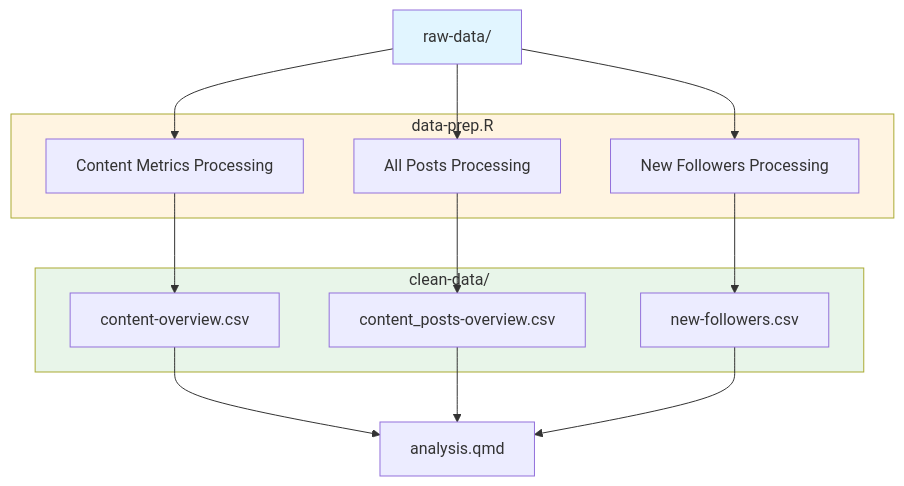
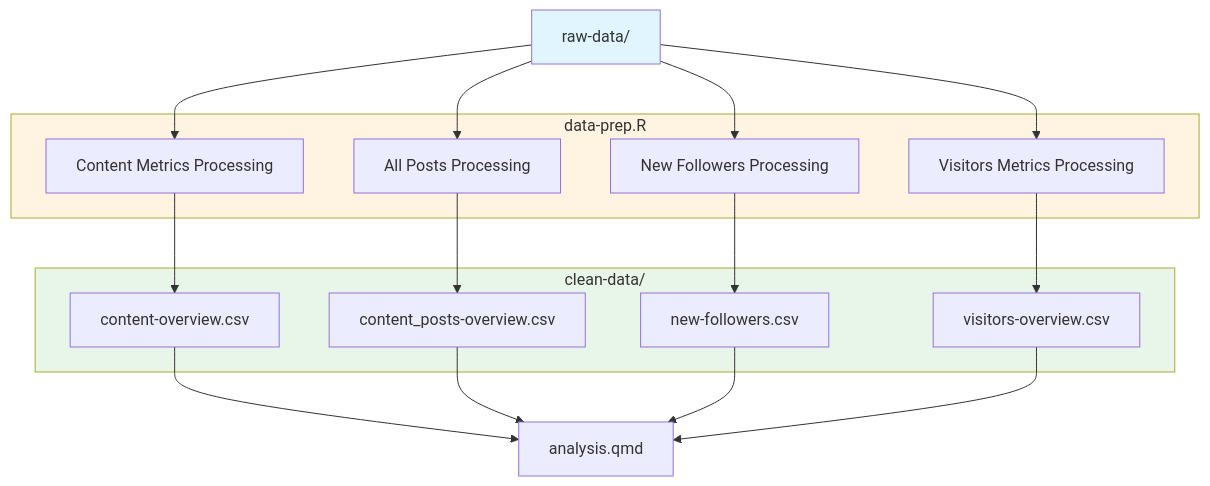
The diagram in linkedin/analysis.qmd (Global-Health-Engineering/ghedata-code), drawn with Mermaid before and after one commit. The commit also changed other lines of this file and 4 other files, not shown here.

First line of the commit message:
feat(linkedin): add Visitors section to analysis

````diff
--- a/linkedin/analysis.qmd
+++ b/linkedin/analysis.qmd
@@ -20,31 +20,35 @@
 ```{mermaid}
 %%| fig-width: 10
 flowchart TD
     raw["raw-data/"]
 
     subgraph script["data-prep.R"]
         p1["Content Metrics Processing"]
         p2["All Posts Processing"]
         p3["New Followers Processing"]
+        p4["Visitors Metrics Processing"]
     end
 
     subgraph clean["clean-data/"]
         c1["content-overview.csv"]
         c2["content_posts-overview.csv"]
         c3["new-followers.csv"]
+        c4["visitors-overview.csv"]
     end
 
     raw --> p1
     raw --> p2
     raw --> p3
+    raw --> p4
 
     p1 --> c1
     p2 --> c2
     p3 --> c3
+    p4 --> c4
 
-    c1 & c2 & c3 --> analysis["analysis.qmd"]
+    c1 & c2 & c3 & c4 --> analysis["analysis.qmd"]
 
     style raw fill:#e1f5ff
     style script fill:#fff4e1
     style clean fill:#e8f5e9
 ```
````
